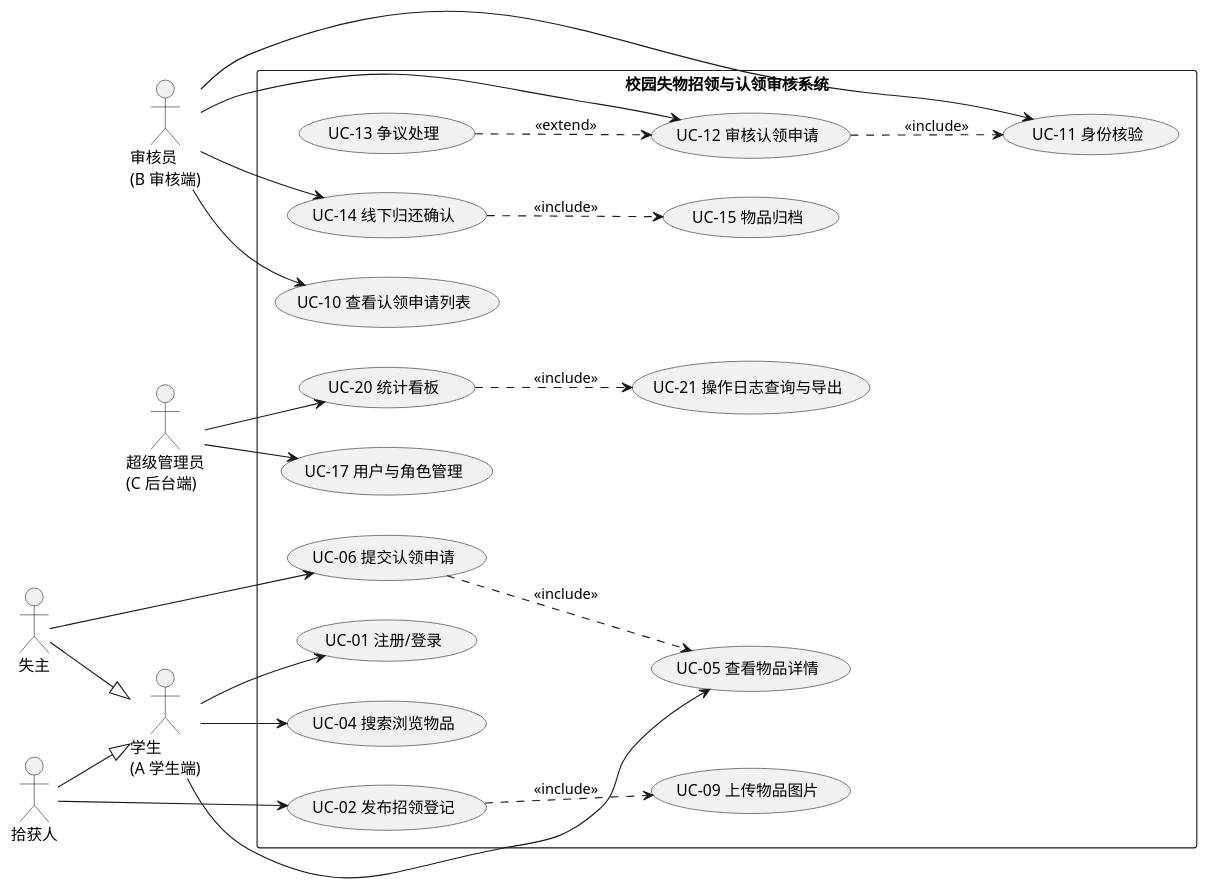
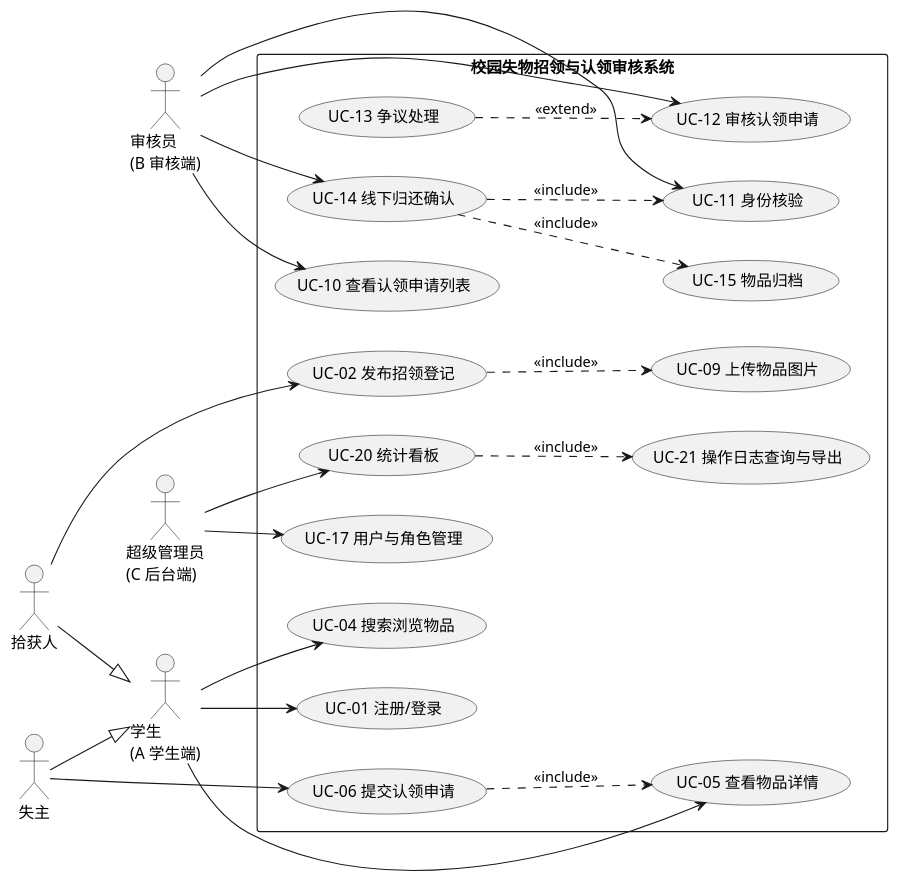
One commit to wbdgbkbdjsj/campus-lost-and-found changed the third of 3 diagrams in 校园失物招领-第2组/01_批次0-阴亮/用例图.md. Above: the diagram before and after it, drawn with PlantUML. The commit also changed other lines of this file and 17 other files, not shown here.

Commit message:
docs+feat(阴亮/终审): 定稿需求与总体设计材料、需求4图；纳入可运行源码交付物与24项冒烟全绿证据；补功能实践总表与测试报告回填块

````diff
--- a/校园失物招领-第2组/01_批次0-阴亮/用例图.md
+++ b/校园失物招领-第2组/01_批次0-阴亮/用例图.md
@@ -289,47 +292,47 @@
 ```plantuml
 @startuml
 left to right direction
 actor "学生\n(A 学生端)" as Student
 actor "拾获人" as Finder
 actor "失主" as Owner
 actor "审核员\n(B 审核端)" as Auditor
 actor "超级管理员\n(C 后台端)" as Admin
 
 rectangle "校园失物招领与认领审核系统" {
   usecase "UC-01 注册/登录" as UC01
   usecase "UC-02 发布招领登记" as UC02
   usecase "UC-04 搜索浏览物品" as UC04
   usecase "UC-05 查看物品详情" as UC05
   usecase "UC-06 提交认领申请" as UC06
   usecase "UC-09 上传物品图片" as UC09
   usecase "UC-10 查看认领申请列表" as UC10
   usecase "UC-11 身份核验" as UC11
   usecase "UC-12 审核认领申请" as UC12
   usecase "UC-13 争议处理" as UC13
   usecase "UC-14 线下归还确认" as UC14
   usecase "UC-15 物品归档" as UC15
   usecase "UC-17 用户与角色管理" as UC17
   usecase "UC-20 统计看板" as UC20
   usecase "UC-21 操作日志查询与导出" as UC21
 }
 Finder --|> Student
 Owner --|> Student
 Student --> UC01
 Finder --> UC02
 Owner --> UC06
 Student --> UC04
 Student --> UC05
 UC02 ..> UC09 : <<include>>
 UC06 ..> UC05 : <<include>>
 Auditor --> UC10
 Auditor --> UC11
 Auditor --> UC12
 Auditor --> UC14
-UC12 ..> UC11 : <<include>>
+UC14 ..> UC11 : <<include>>
 UC13 ..> UC12 : <<extend>>
 UC14 ..> UC15 : <<include>>
 Admin --> UC17
 Admin --> UC20
 UC20 ..> UC21 : <<include>>
 @enduml
 ```
````
